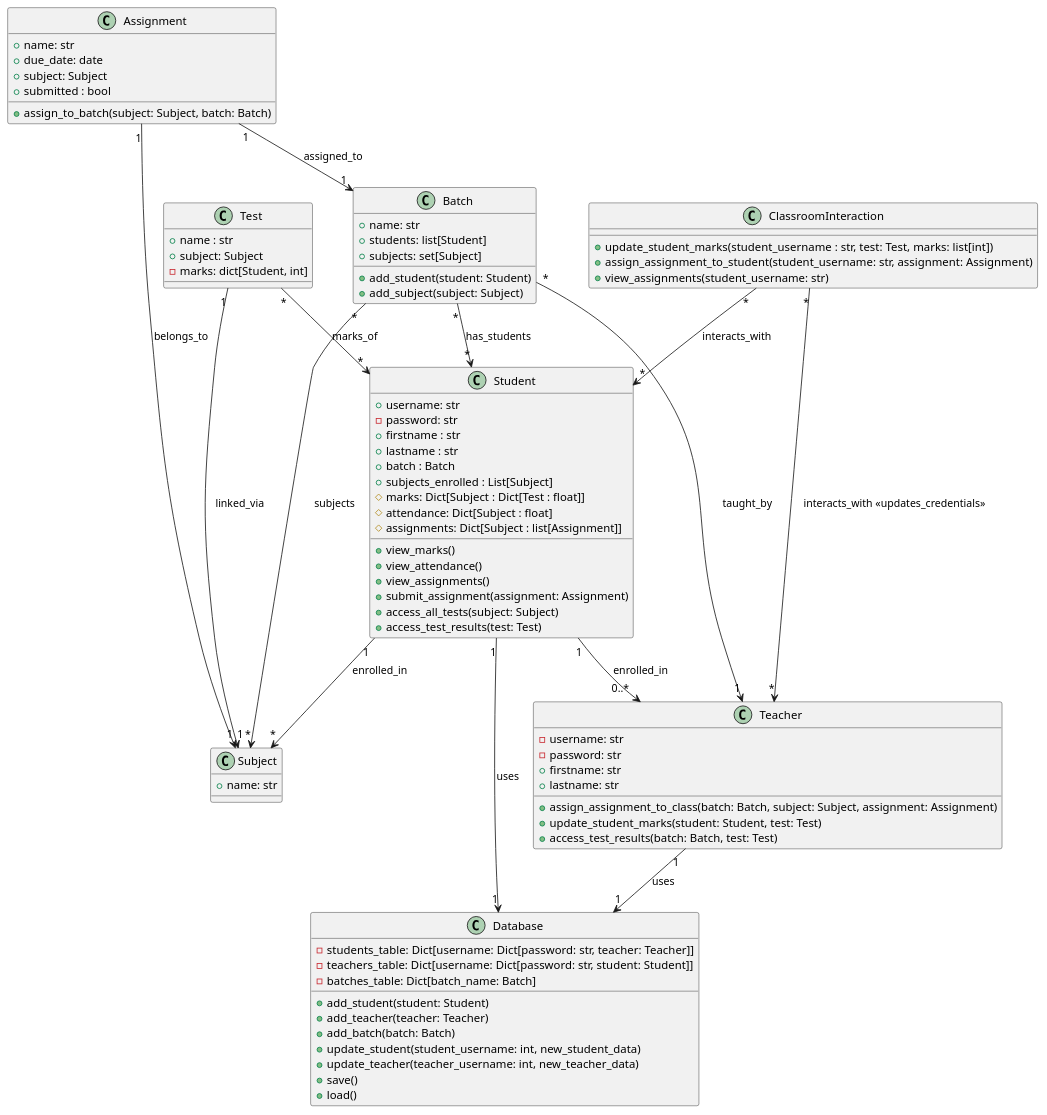
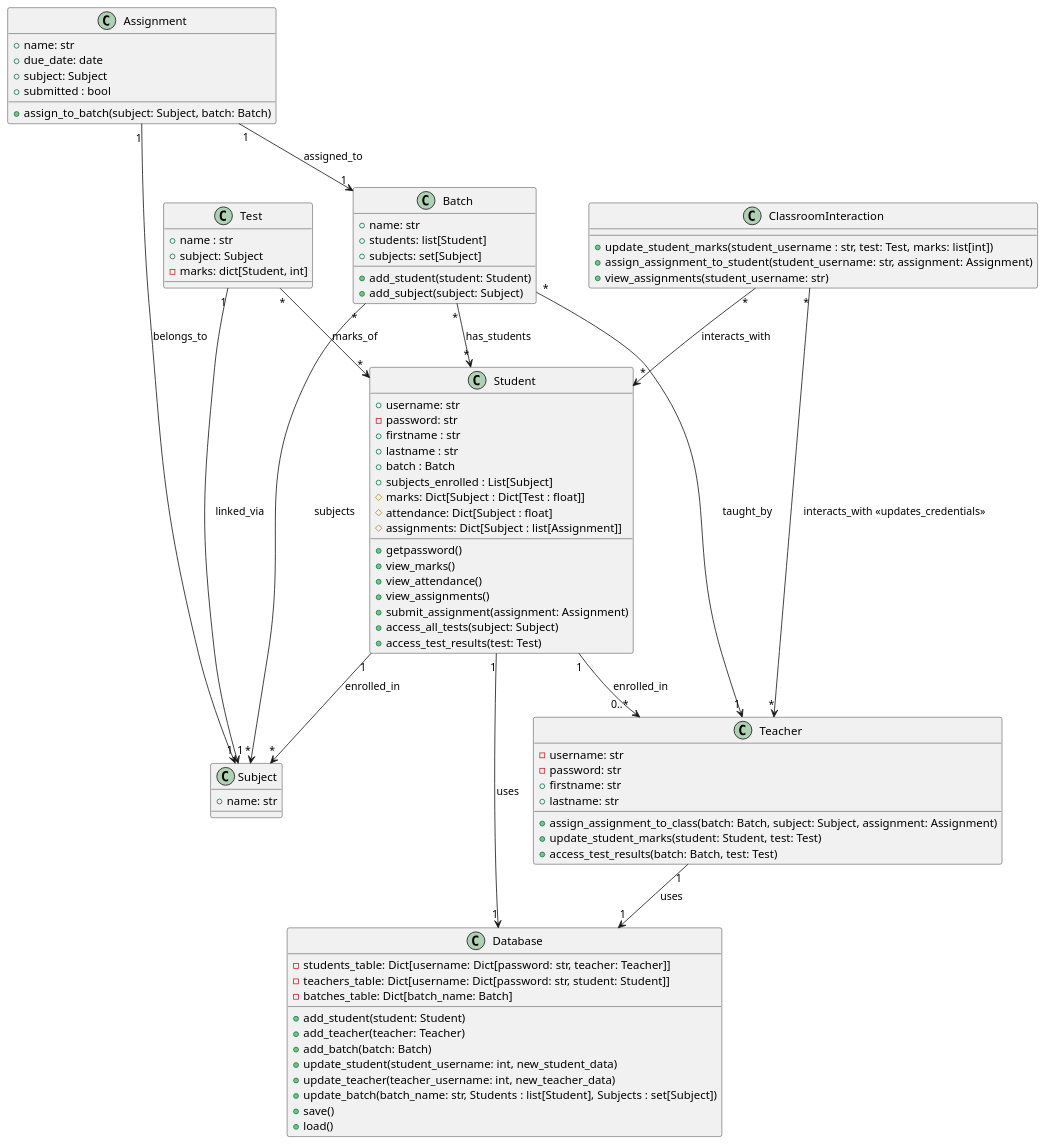
One commit to SrimanRakshan/DSA changed the diagram in uml_diagram.puml. Above: the diagram before and after it, drawn with PlantUML. The commit also changed 2 other files, not shown here.

```diff
--- a/uml_diagram.puml
+++ b/uml_diagram.puml
@@ -1,88 +1,90 @@
 @startuml
 class Student {
     + username: str
     - password: str
     + firstname : str
     + lastname : str
     + batch : Batch
     + subjects_enrolled : List[Subject]
     # marks: Dict[Subject : Dict[Test : float]]
     # attendance: Dict[Subject : float]
     # assignments: Dict[Subject : list[Assignment]]
+    + getpassword()
     + view_marks()
     + view_attendance()
     + view_assignments()
     + submit_assignment(assignment: Assignment)
     + access_all_tests(subject: Subject)
     + access_test_results(test: Test)
 }
 
 class Teacher {
     - username: str
     - password: str
     + firstname: str
     + lastname: str
     + assign_assignment_to_class(batch: Batch, subject: Subject, assignment: Assignment)
     + update_student_marks(student: Student, test: Test)
     + access_test_results(batch: Batch, test: Test)
 }
 
 class Subject {
     + name: str
 }
 
 class Batch {
     + name: str
     + students: list[Student]
     + subjects: set[Subject]
     + add_student(student: Student)
     + add_subject(subject: Subject)
 }
 
 class Assignment {
     + name: str
     + due_date: date
     + subject: Subject
     + submitted : bool
     + assign_to_batch(subject: Subject, batch: Batch)
 }
 
 class Test {
     + name : str
     + subject: Subject
     - marks: dict[Student, int]
 }
 
 class ClassroomInteraction {
     + update_student_marks(student_username : str, test: Test, marks: list[int])
     + assign_assignment_to_student(student_username: str, assignment: Assignment)
     + view_assignments(student_username: str)
 }
 
 class Database {
     - students_table: Dict[username: Dict[password: str, teacher: Teacher]]
     - teachers_table: Dict[username: Dict[password: str, student: Student]]
     - batches_table: Dict[batch_name: Batch]
     + add_student(student: Student)
     + add_teacher(teacher: Teacher)
     + add_batch(batch: Batch)
     + update_student(student_username: int, new_student_data)
     + update_teacher(teacher_username: int, new_teacher_data)
+    + update_batch(batch_name: str, Students : list[Student], Subjects : set[Subject])
     + save()
     + load()
 }
 
 Student "1" --> "0..*" Teacher : enrolled_in
 Student "1" --> "1" Database : uses
 Teacher "1" --> "1" Database : uses
 Student "1" --> "*" Subject : enrolled_in
 Batch "*" --> "1" Teacher : taught_by
 Batch "*" --> "*" Student : has_students
 Batch "*" --> "*" Subject : subjects
 Assignment "1" --> "1" Subject : belongs_to
 Assignment "1" --> "1" Batch : assigned_to
 Test "1" --> "1" Subject : linked_via
 Test "*" --> "*" Student : marks_of
 ClassroomInteraction "*" --> "*" Teacher : interacts_with <<updates_credentials>>
 ClassroomInteraction "*" --> "*" Student : interacts_with
 @enduml
```
